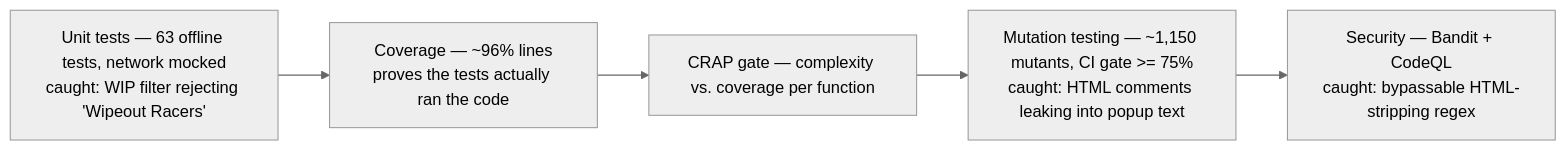
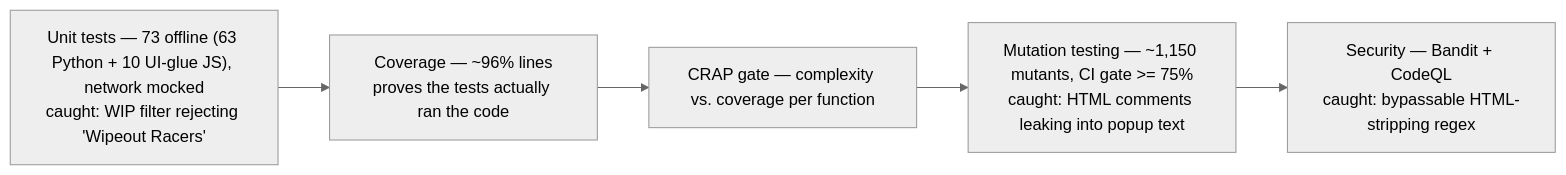
One commit to GuyKroizman/pico-8-widget changed the fourth of 4 diagrams in docs/ARCHITECTURE.md. Above: the diagram before and after it, drawn with Mermaid (neutral theme). The commit also changed 5 other files, not shown here.

````diff
--- a/docs/ARCHITECTURE.md
+++ b/docs/ARCHITECTURE.md
@@ -148,9 +148,9 @@
 ```mermaid
 flowchart LR
-    A["Unit tests — 63 offline tests, network mocked<br/>caught: WIP filter rejecting 'Wipeout Racers'"]
+    A["Unit tests — 73 offline (63 Python + 10 UI-glue JS), network mocked<br/>caught: WIP filter rejecting 'Wipeout Racers'"]
     B["Coverage — ~96% lines<br/>proves the tests actually ran the code"]
     C["CRAP gate — complexity vs. coverage per function"]
     D["Mutation testing — ~1,150 mutants, CI gate &gt;= 75%<br/>caught: HTML comments leaking into popup text"]
     E["Security — Bandit + CodeQL<br/>caught: bypassable HTML-stripping regex"]
     A --> B --> C --> D --> E
 ```
````
